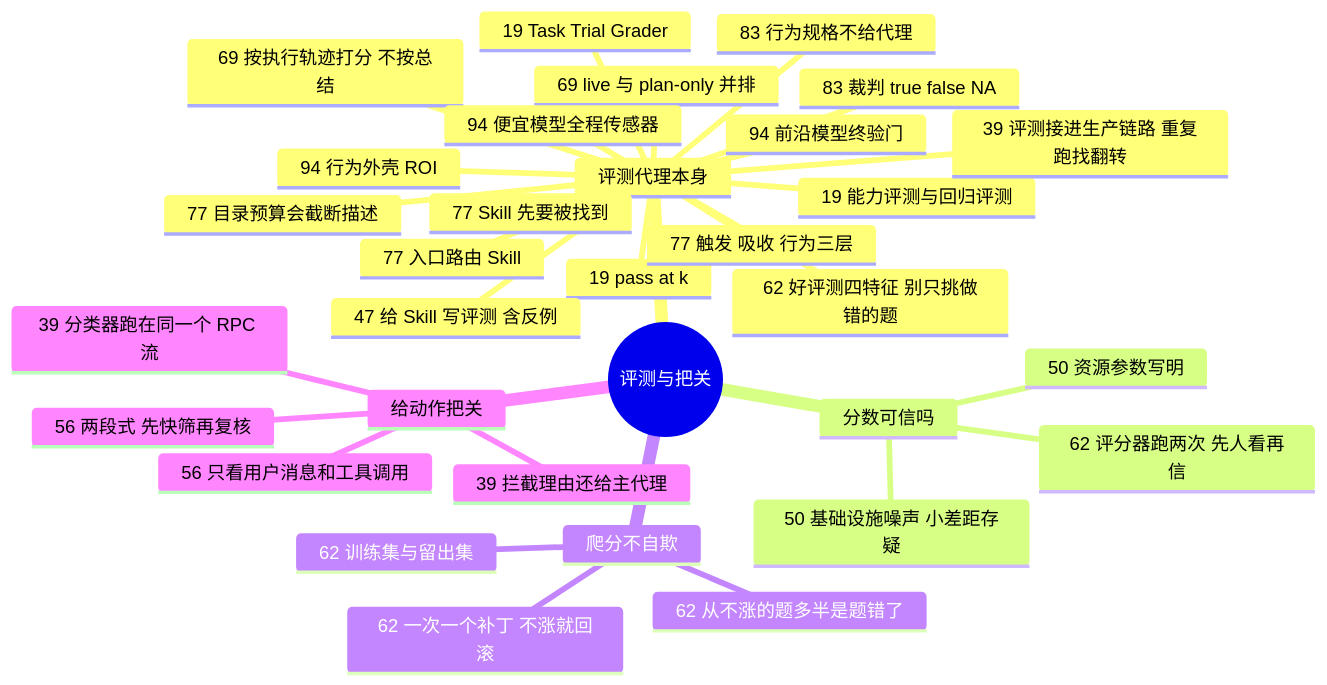
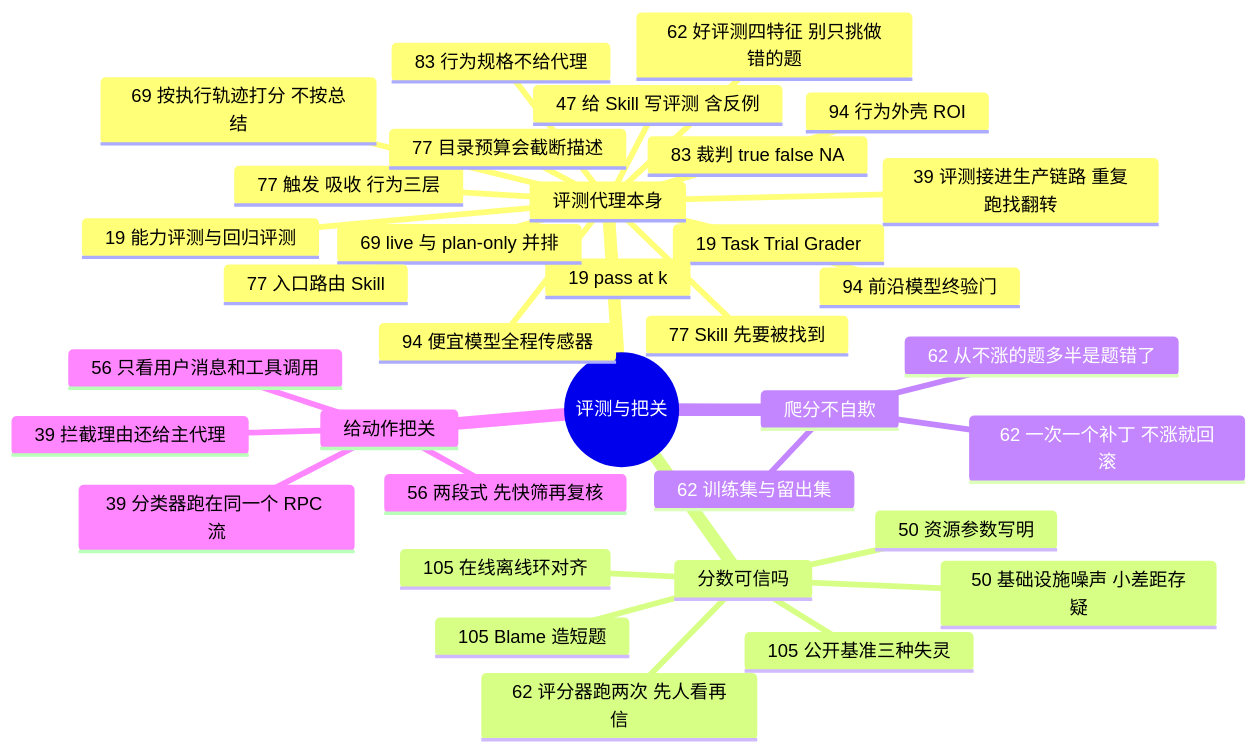
Before and after one commit to yzw7489757/ai-coding-videos: the diagram in docs/guide/evals.md, drawn with Mermaid. The commit also changed other lines of this file and 16 other files, not shown here.

````diff
--- a/docs/guide/evals.md
+++ b/docs/guide/evals.md
@@ -15,35 +15,38 @@
 ```mermaid
 mindmap
   root((评测与把关))
     评测代理本身
       19 Task Trial Grader
       19 能力评测与回归评测
       19 pass at k
       39 评测接进生产链路 重复跑找翻转
       47 给 Skill 写评测 含反例
       62 好评测四特征 别只挑做错的题
       69 按执行轨迹打分 不按总结
       69 live 与 plan-only 并排
       83 行为规格不给代理
       83 裁判 true false NA
       77 Skill 先要被找到
       77 触发 吸收 行为三层
       77 入口路由 Skill
       77 目录预算会截断描述
       94 行为外壳 ROI
       94 便宜模型全程传感器
       94 前沿模型终验门
     分数可信吗
       50 基础设施噪声 小差距存疑
       50 资源参数写明
       62 评分器跑两次 先人看再信
+      105 公开基准三种失灵
+      105 Blame 造短题
+      105 在线离线环对齐
     爬分不自欺
       62 训练集与留出集
       62 一次一个补丁 不涨就回滚
       62 从不涨的题多半是题错了
     给动作把关
       39 分类器跑在同一个 RPC 流
       39 拦截理由还给主代理
       56 两段式 先快筛再复核
       56 只看用户消息和工具调用
 ```
````
